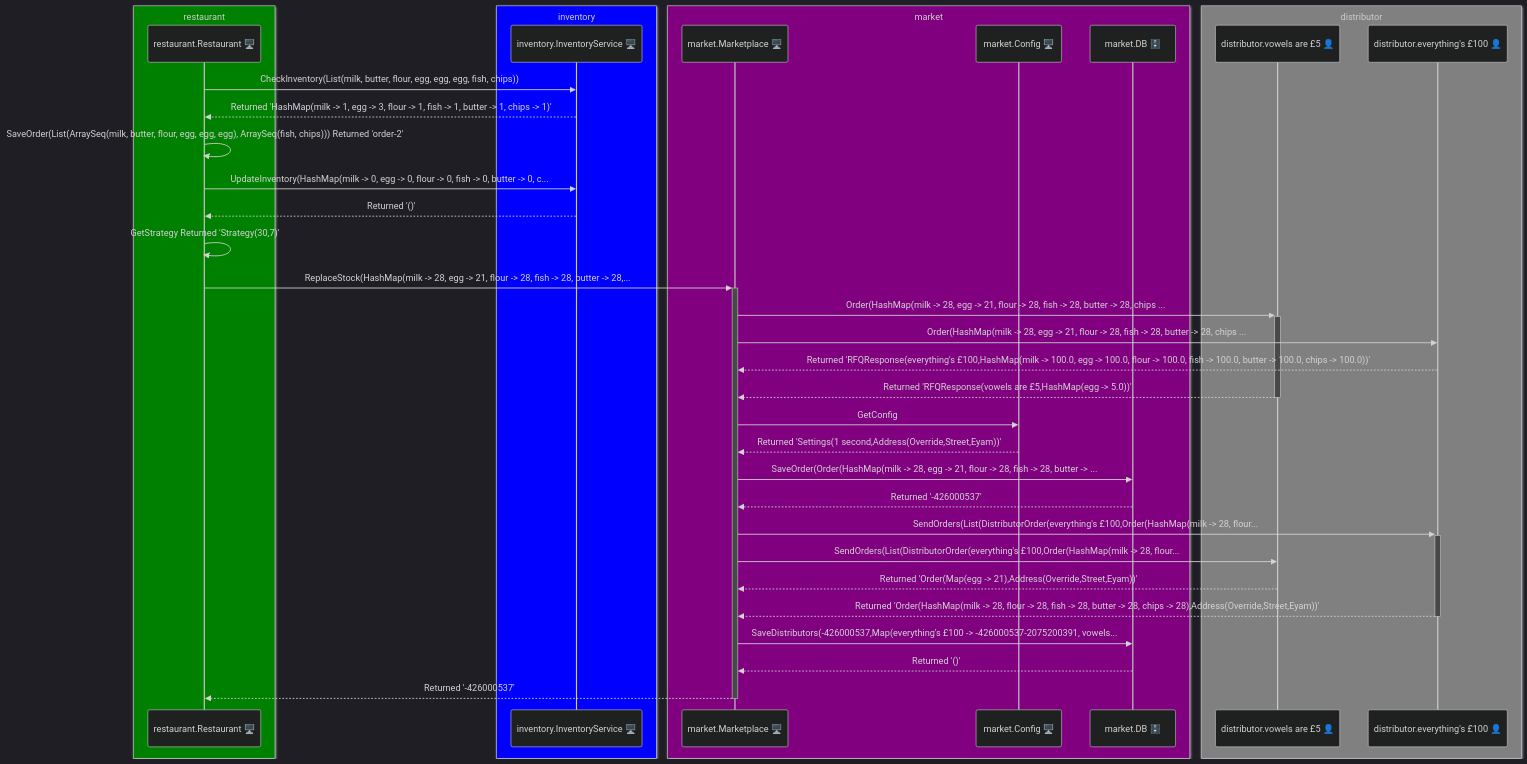
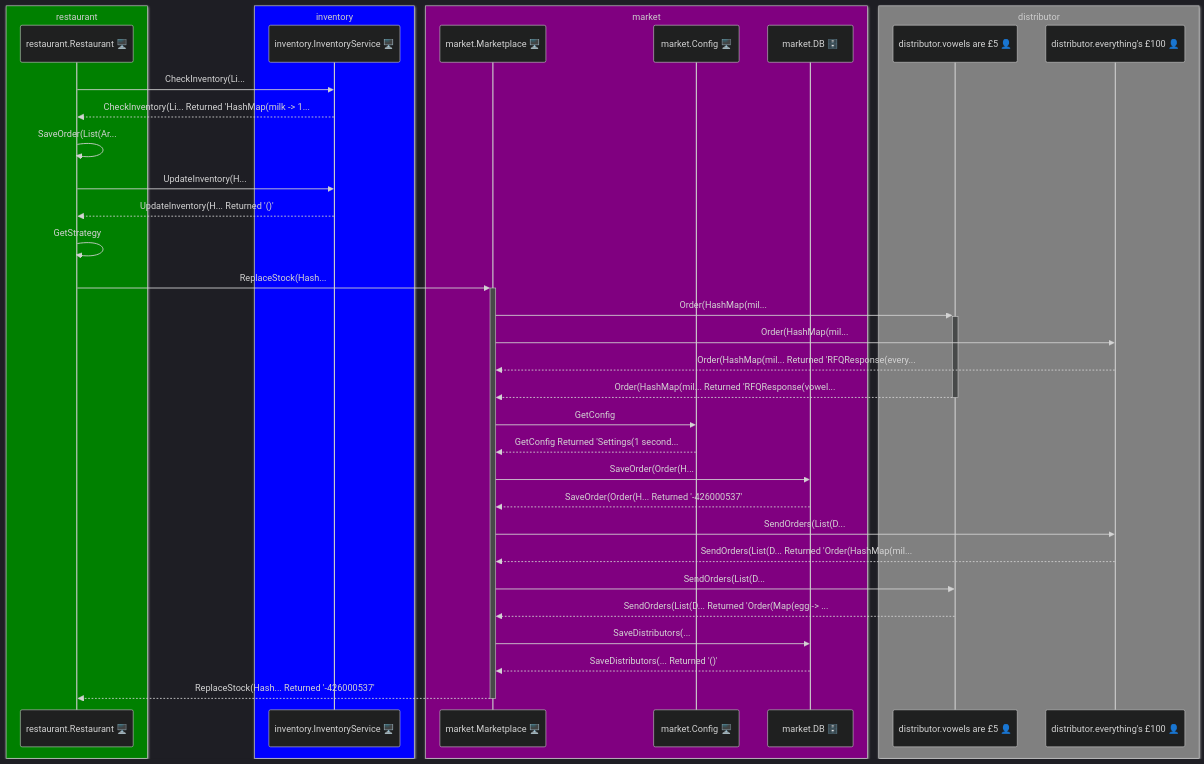
Before and after one commit to aaronp/counterparty: the third of 3 diagrams in docs/scenarios.md, drawn with Mermaid. The commit also changed other lines of this file and 2 other files, not shown here.

````diff
--- a/docs/scenarios.md
+++ b/docs/scenarios.md
@@ -93,42 +93,42 @@
 ```mermaid
 %%{init: {"theme": "dark", 
 "themeVariables": {"primaryTextColor": "grey", "secondaryTextColor": "black", "fontFamily": "Arial", "fontSize": 14, "primaryColor": "#3498db"}}}%%
 sequenceDiagram
 	box green restaurant
 	participant restaurant.Restaurant 🖥️
 	end
 	box blue inventory
 	participant inventory.InventoryService 🖥️
 	end
 	box purple market
 	participant market.Marketplace 🖥️
 	participant market.Config 🖥️
 	participant market.DB 🗄️
 	end
 	box gray distributor
 	participant distributor.vowels are £5 👤
 	participant distributor.everything's £100 👤
 	end
-	restaurant.Restaurant 🖥️ ->> inventory.InventoryService 🖥️ : CheckInventory(List(milk, butter, flour, egg, egg, egg, fish, chips))
-	inventory.InventoryService 🖥️ -->> restaurant.Restaurant 🖥️ : Returned 'HashMap(milk -> 1, egg -> 3, flour -> 1, fish -> 1, butter -> 1, chips -> 1)'
-	restaurant.Restaurant 🖥️ ->> restaurant.Restaurant 🖥️ : SaveOrder(List(ArraySeq(milk, butter, flour, egg, egg, egg), ArraySeq(fish, chips))) Returned 'order-2'
-	restaurant.Restaurant 🖥️ ->> inventory.InventoryService 🖥️ : UpdateInventory(HashMap(milk -> 0, egg -> 0, flour -> 0, fish -> 0, butter -> 0, c...
-	inventory.InventoryService 🖥️ -->> restaurant.Restaurant 🖥️ : Returned '()'
-	restaurant.Restaurant 🖥️ ->> restaurant.Restaurant 🖥️ : GetStrategy Returned 'Strategy(30,7)'
-	restaurant.Restaurant 🖥️ ->>+ market.Marketplace 🖥️ : ReplaceStock(HashMap(milk -> 28, egg -> 21, flour -> 28, fish -> 28, butter -> 28,...
-	market.Marketplace 🖥️ ->>+ distributor.vowels are £5 👤 : Order(HashMap(milk -> 28, egg -> 21, flour -> 28, fish -> 28, butter -> 28, chips ...
-	market.Marketplace 🖥️ ->> distributor.everything's £100 👤 : Order(HashMap(milk -> 28, egg -> 21, flour -> 28, fish -> 28, butter -> 28, chips ...
-	distributor.everything's £100 👤 -->> market.Marketplace 🖥️ : Returned 'RFQResponse(everything's £100,HashMap(milk -> 100.0, egg -> 100.0, flour -> 100.0, fish -> 100.0, butter -> 100.0, chips -> 100.0))'
-	distributor.vowels are £5 👤 -->>- market.Marketplace 🖥️ : Returned 'RFQResponse(vowels are £5,HashMap(egg -> 5.0))'
-	market.Marketplace 🖥️ ->> market.Config 🖥️ : GetConfig
-	market.Config 🖥️ -->> market.Marketplace 🖥️ : Returned 'Settings(1 second,Address(Override,Street,Eyam))'
-	market.Marketplace 🖥️ ->> market.DB 🗄️ : SaveOrder(Order(HashMap(milk -> 28, egg -> 21, flour -> 28, fish -> 28, butter -> ...
-	market.DB 🗄️ -->> market.Marketplace 🖥️ : Returned '-426000537'
-	market.Marketplace 🖥️ ->>+ distributor.everything's £100 👤 : SendOrders(List(DistributorOrder(everything's £100,Order(HashMap(milk -> 28, flour...
-	market.Marketplace 🖥️ ->> distributor.vowels are £5 👤 : SendOrders(List(DistributorOrder(everything's £100,Order(HashMap(milk -> 28, flour...
-	distributor.vowels are £5 👤 -->> market.Marketplace 🖥️ : Returned 'Order(Map(egg -> 21),Address(Override,Street,Eyam))'
-	distributor.everything's £100 👤 -->>- market.Marketplace 🖥️ : Returned 'Order(HashMap(milk -> 28, flour -> 28, fish -> 28, butter -> 28, chips -> 28),Address(Override,Street,Eyam))'
-	market.Marketplace 🖥️ ->> market.DB 🗄️ : SaveDistributors(-426000537,Map(everything's £100 -> -426000537-2075200391, vowels...
-	market.DB 🗄️ -->> market.Marketplace 🖥️ : Returned '()'
-	market.Marketplace 🖥️ -->>- restaurant.Restaurant 🖥️ : Returned '-426000537'
+	restaurant.Restaurant 🖥️ ->> inventory.InventoryService 🖥️ : CheckInventory(Li... 
+	inventory.InventoryService 🖥️ -->> restaurant.Restaurant 🖥️ : CheckInventory(Li... Returned 'HashMap(milk -> 1...
+	restaurant.Restaurant 🖥️ ->> restaurant.Restaurant 🖥️ : SaveOrder(List(Ar... 
+	restaurant.Restaurant 🖥️ ->> inventory.InventoryService 🖥️ : UpdateInventory(H... 
+	inventory.InventoryService 🖥️ -->> restaurant.Restaurant 🖥️ : UpdateInventory(H... Returned '()'
+	restaurant.Restaurant 🖥️ ->> restaurant.Restaurant 🖥️ : GetStrategy 
+	restaurant.Restaurant 🖥️ ->>+ market.Marketplace 🖥️ : ReplaceStock(Hash... 
+	market.Marketplace 🖥️ ->>+ distributor.vowels are £5 👤 : Order(HashMap(mil... 
+	market.Marketplace 🖥️ ->> distributor.everything's £100 👤 : Order(HashMap(mil... 
+	distributor.everything's £100 👤 -->> market.Marketplace 🖥️ : Order(HashMap(mil... Returned 'RFQResponse(every...
+	distributor.vowels are £5 👤 -->>- market.Marketplace 🖥️ : Order(HashMap(mil... Returned 'RFQResponse(vowel...
+	market.Marketplace 🖥️ ->> market.Config 🖥️ : GetConfig 
+	market.Config 🖥️ -->> market.Marketplace 🖥️ : GetConfig Returned 'Settings(1 second...
+	market.Marketplace 🖥️ ->> market.DB 🗄️ : SaveOrder(Order(H... 
+	market.DB 🗄️ -->> market.Marketplace 🖥️ : SaveOrder(Order(H... Returned '-426000537'
+	market.Marketplace 🖥️ ->> distributor.everything's £100 👤 : SendOrders(List(D... 
+	distributor.everything's £100 👤 -->> market.Marketplace 🖥️ : SendOrders(List(D... Returned 'Order(HashMap(mil...
+	market.Marketplace 🖥️ ->> distributor.vowels are £5 👤 : SendOrders(List(D... 
+	distributor.vowels are £5 👤 -->> market.Marketplace 🖥️ : SendOrders(List(D... Returned 'Order(Map(egg -> ...
+	market.Marketplace 🖥️ ->> market.DB 🗄️ : SaveDistributors(... 
+	market.DB 🗄️ -->> market.Marketplace 🖥️ : SaveDistributors(... Returned '()'
+	market.Marketplace 🖥️ -->>- restaurant.Restaurant 🖥️ : ReplaceStock(Hash... Returned '-426000537'
 ```
````
